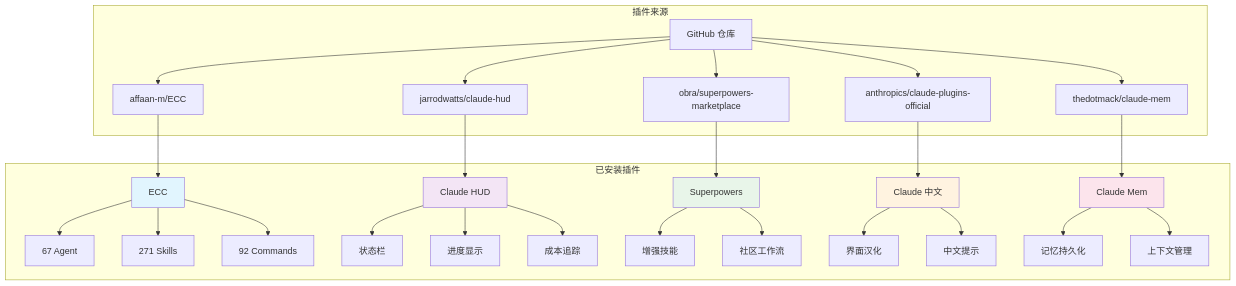
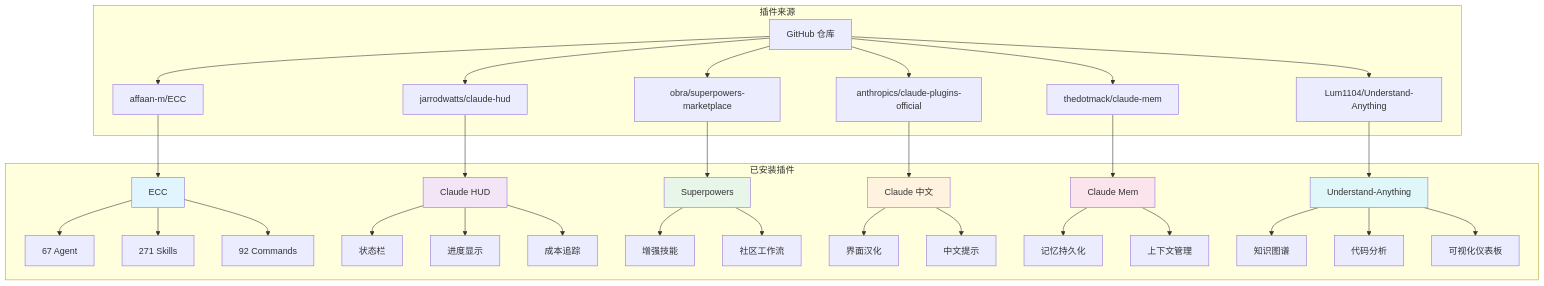
Before and after one commit to shuai-yemao/shuai-yemao-chip: the fifth of 7 diagrams in README.md, drawn with Mermaid. The commit also changed other lines of this file and 1 other file, not shown here.

Commit message:
chore: 更新 README 和 PLUGINS 文档
- 添加 Understand-Anything 知识图谱插件说明
- 更新技能包数量：142 个
- 更新插件系统架构图
- 添加 Understand-Anything 安装和使用指南
- 更新一键安装脚本

````diff
--- a/README.md
+++ b/README.md
@@ -157,42 +163,49 @@
 ```mermaid
 graph TB
     subgraph "已安装插件"
         A[ECC] --> A1[67 Agent]
         A --> A2[271 Skills]
         A --> A3[92 Commands]
 
         B[Claude HUD] --> B1[状态栏]
         B --> B2[进度显示]
         B --> B3[成本追踪]
 
         C[Superpowers] --> C1[增强技能]
         C --> C2[社区工作流]
 
         D[Claude 中文] --> D1[界面汉化]
         D --> D2[中文提示]
 
         E[Claude Mem] --> E1[记忆持久化]
         E --> E2[上下文管理]
+
+        F[Understand-Anything] --> F1[知识图谱]
+        F --> F2[代码分析]
+        F --> F3[可视化仪表板]
     end
 
     subgraph "插件来源"
-        F[GitHub 仓库]
-        F --> G[affaan-m/ECC]
-        F --> H[jarrodwatts/claude-hud]
-        F --> I[obra/superpowers-marketplace]
-        F --> J[anthropics/claude-plugins-official]
-        F --> K[thedotmack/claude-mem]
+        G[GitHub 仓库]
+        G --> H[affaan-m/ECC]
+        G --> I[jarrodwatts/claude-hud]
+        G --> J[obra/superpowers-marketplace]
+        G --> K[anthropics/claude-plugins-official]
+        G --> L[thedotmack/claude-mem]
+        G --> M[Lum1104/Understand-Anything]
     end
 
-    G --> A
-    H --> B
-    I --> C
-    J --> D
-    K --> E
+    H --> A
+    I --> B
+    J --> C
+    K --> D
+    L --> E
+    M --> F
 
     style A fill:#e1f5fe
     style B fill:#f3e5f5
     style C fill:#e8f5e9
     style D fill:#fff3e0
     style E fill:#fce4ec
+    style F fill:#e0f7fa
 ```
````
